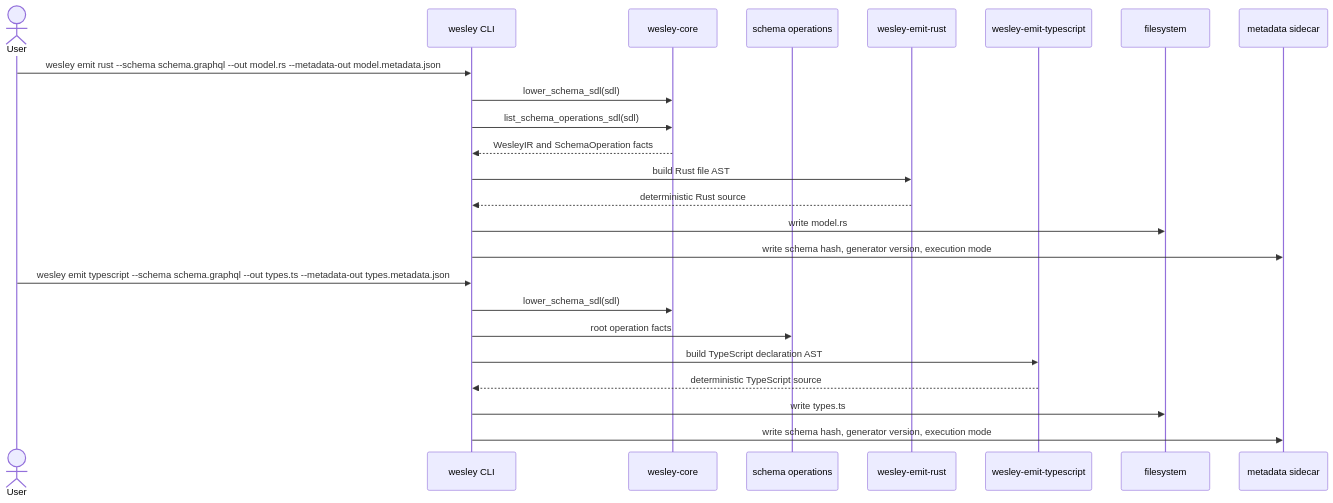
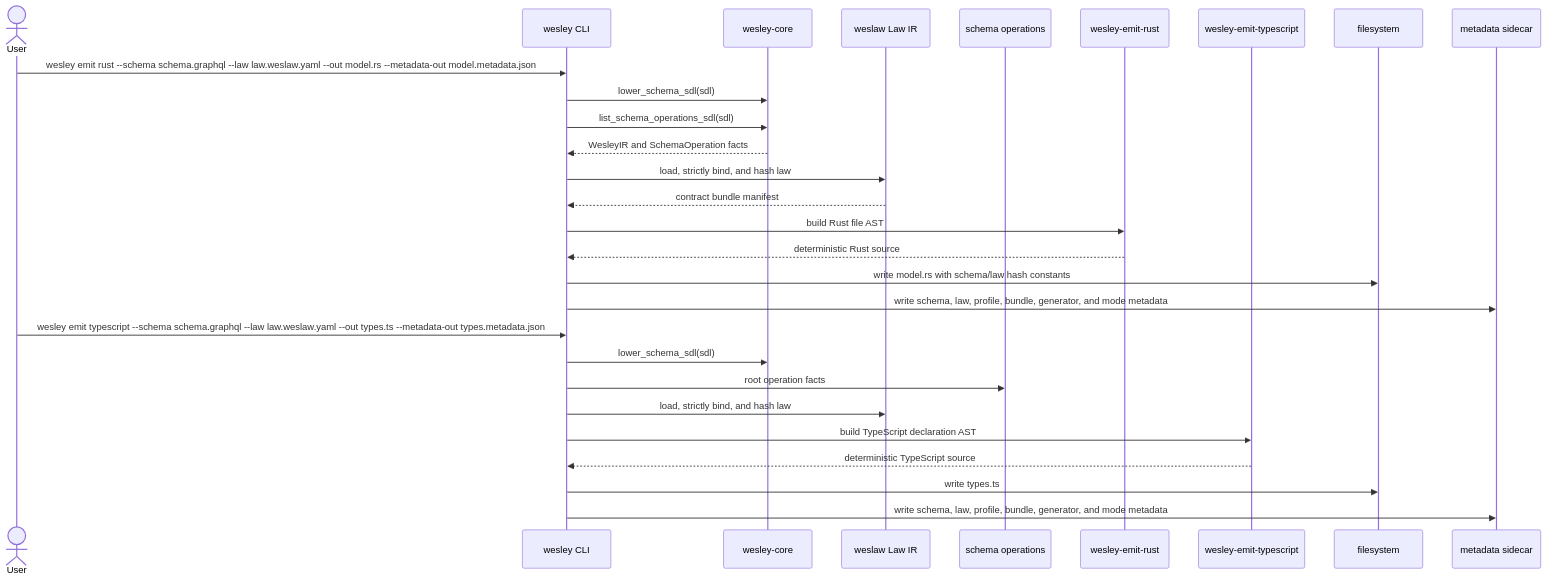
One commit to flyingrobots/wesley changed the tenth of 24 diagrams in docs/END_TO_END.md. Above: the diagram before and after it, drawn with Mermaid. The commit also changed other lines of this file and 17 other files, not shown here.

Commit message:
feat(weslaw): add canonical law hashes

````diff
--- a/docs/END_TO_END.md
+++ b/docs/END_TO_END.md
@@ -461,28 +468,32 @@
 ```mermaid
 sequenceDiagram
     actor User
     participant CLI as wesley CLI
     participant Core as wesley-core
+    participant Law as weslaw Law IR
     participant Ops as schema operations
     participant RustEmitter as wesley-emit-rust
     participant TSEmitter as wesley-emit-typescript
     participant Out as filesystem
     participant Metadata as metadata sidecar
 
-    User->>CLI: wesley emit rust --schema schema.graphql --out model.rs --metadata-out model.metadata.json
+    User->>CLI: wesley emit rust --schema schema.graphql --law law.weslaw.yaml --out model.rs --metadata-out model.metadata.json
     CLI->>Core: lower_schema_sdl(sdl)
     CLI->>Core: list_schema_operations_sdl(sdl)
     Core-->>CLI: WesleyIR and SchemaOperation facts
+    CLI->>Law: load, strictly bind, and hash law
+    Law-->>CLI: contract bundle manifest
     CLI->>RustEmitter: build Rust file AST
     RustEmitter-->>CLI: deterministic Rust source
-    CLI->>Out: write model.rs
-    CLI->>Metadata: write schema hash, generator version, execution mode
+    CLI->>Out: write model.rs with schema/law hash constants
+    CLI->>Metadata: write schema, law, profile, bundle, generator, and mode metadata
 
-    User->>CLI: wesley emit typescript --schema schema.graphql --out types.ts --metadata-out types.metadata.json
+    User->>CLI: wesley emit typescript --schema schema.graphql --law law.weslaw.yaml --out types.ts --metadata-out types.metadata.json
     CLI->>Core: lower_schema_sdl(sdl)
     CLI->>Ops: root operation facts
+    CLI->>Law: load, strictly bind, and hash law
     CLI->>TSEmitter: build TypeScript declaration AST
     TSEmitter-->>CLI: deterministic TypeScript source
     CLI->>Out: write types.ts
-    CLI->>Metadata: write schema hash, generator version, execution mode
+    CLI->>Metadata: write schema, law, profile, bundle, generator, and mode metadata
 ```
````
